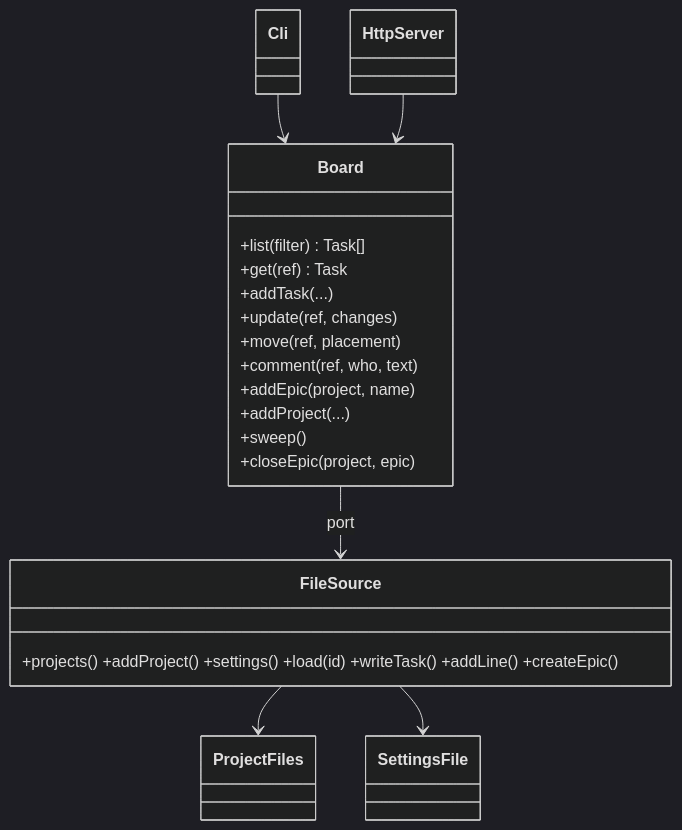
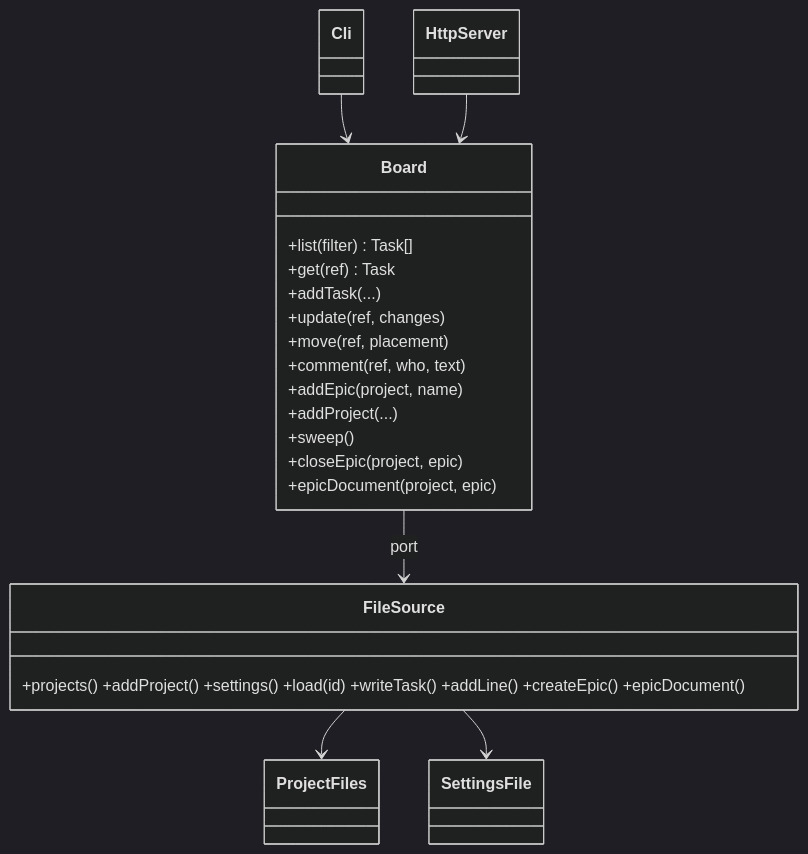
One commit to TabuNuf/doit changed the diagram in Docs/Architecture.md. Above: the diagram before and after it, drawn with Mermaid (dark theme). The commit also changed other lines of this file and 14 other files, not shown here.

Commit message:
T-005.4: clicking an epic opens a readable view of its document

````diff
--- a/Docs/Architecture.md
+++ b/Docs/Architecture.md
@@ -36,25 +36,26 @@
 ```mermaid
 classDiagram
   class Board {
     +list(filter) Task[]
     +get(ref) Task
     +addTask(...)
     +update(ref, changes)
     +move(ref, placement)
     +comment(ref, who, text)
     +addEpic(project, name)
     +addProject(...)
     +sweep()
     +closeEpic(project, epic)
+    +epicDocument(project, epic)
   }
-  class FileSource { +projects() +addProject() +settings() +load(id) +writeTask() +addLine() +createEpic() }
+  class FileSource { +projects() +addProject() +settings() +load(id) +writeTask() +addLine() +createEpic() +epicDocument() }
   class ProjectFiles
   class SettingsFile
   class Cli
   class HttpServer
   Board --> FileSource : port
   FileSource --> ProjectFiles
   FileSource --> SettingsFile
   Cli --> Board
   HttpServer --> Board
 ```
````
